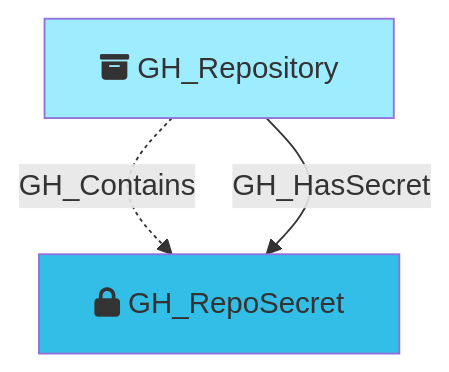
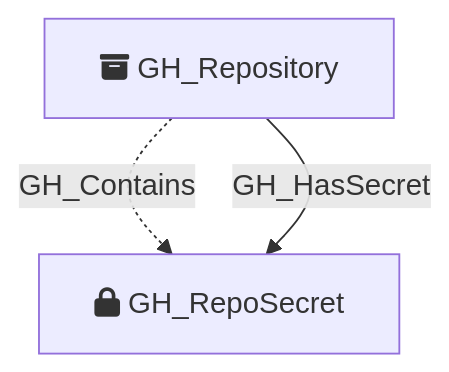
Before and after one commit to SpecterOps/GitHound: the diagram in Documentation/NodeDescriptions/GH_RepoSecret.md, drawn with Mermaid. The commit also changed 23 other files, not shown here.

Commit message:
rm mermaid box colors

````diff
--- a/Documentation/NodeDescriptions/GH_RepoSecret.md
+++ b/Documentation/NodeDescriptions/GH_RepoSecret.md
@@ -37,11 +37,9 @@
 ```mermaid
 flowchart TD
     GH_RepoSecret[fa:fa-lock GH_RepoSecret]
     GH_Repository[fa:fa-box-archive GH_Repository]
 
-    style GH_RepoSecret fill:#32BEE6
-    style GH_Repository fill:#9EECFF
 
     GH_Repository -.->|GH_Contains| GH_RepoSecret
     GH_Repository -->|GH_HasSecret| GH_RepoSecret
 ```
````
